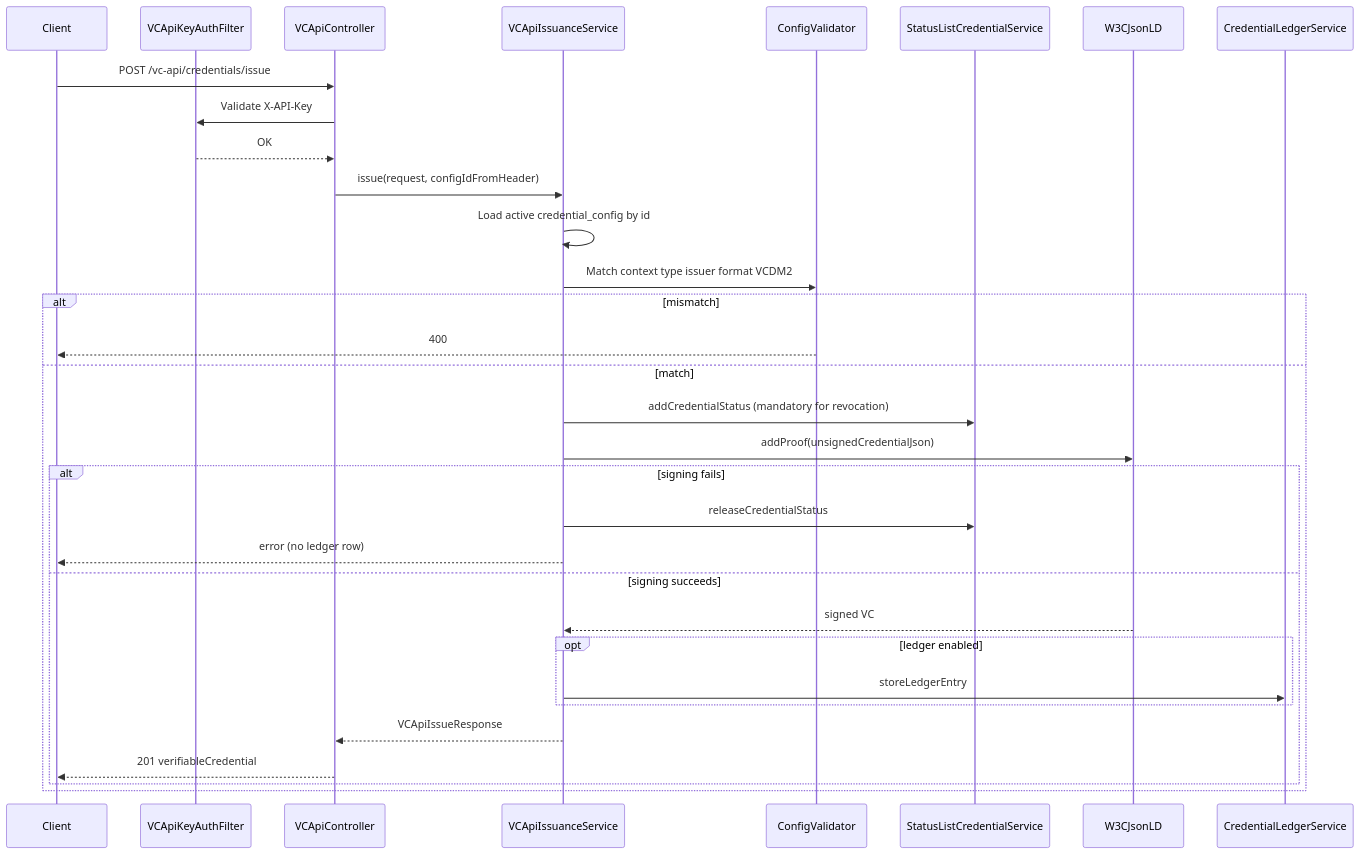
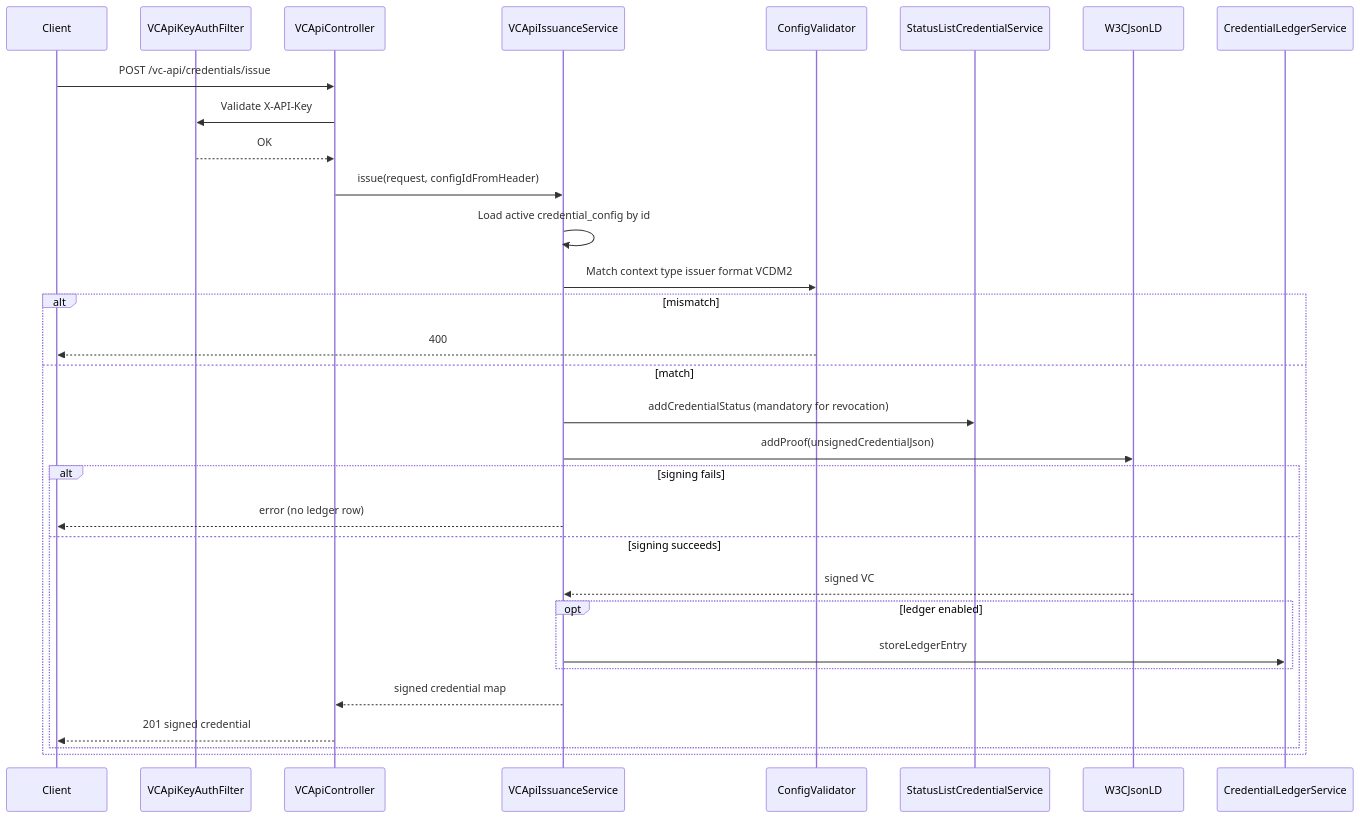
One commit to ooru-digital/inji-certify changed the second of 2 diagrams in docs/W3C-VC-API-Support.md. Above: the diagram before and after it, drawn with Mermaid. The commit also changed other lines of this file and 22 other files, not shown here.

````diff
--- a/docs/W3C-VC-API-Support.md
+++ b/docs/W3C-VC-API-Support.md
@@ -190,35 +224,34 @@
 ```mermaid
 sequenceDiagram
     participant C as Client
     participant F as VCApiKeyAuthFilter
     participant Ctrl as VCApiController
     participant Svc as VCApiIssuanceService
     participant Val as ConfigValidator
     participant ST as StatusListCredentialService
     participant CF as W3CJsonLD
     participant LD as CredentialLedgerService
 
     C->>Ctrl: POST /vc-api/credentials/issue
     Ctrl->>F: Validate X-API-Key
     F-->>Ctrl: OK
     Ctrl->>Svc: issue(request, configIdFromHeader)
     Svc->>Svc: Load active credential_config by id
     Svc->>Val: Match context type issuer format VCDM2
     alt mismatch
         Val-->>C: 400
     else match
         Svc->>ST: addCredentialStatus (mandatory for revocation)
         Svc->>CF: addProof(unsignedCredentialJson)
         alt signing fails
-            Svc->>ST: releaseCredentialStatus
             Svc-->>C: error (no ledger row)
         else signing succeeds
             CF-->>Svc: signed VC
             opt ledger enabled
                 Svc->>LD: storeLedgerEntry
             end
-            Svc-->>Ctrl: VCApiIssueResponse
-            Ctrl-->>C: 201 verifiableCredential
+            Svc-->>Ctrl: signed credential map
+            Ctrl-->>C: 201 signed credential
         end
     end
 ```
````
